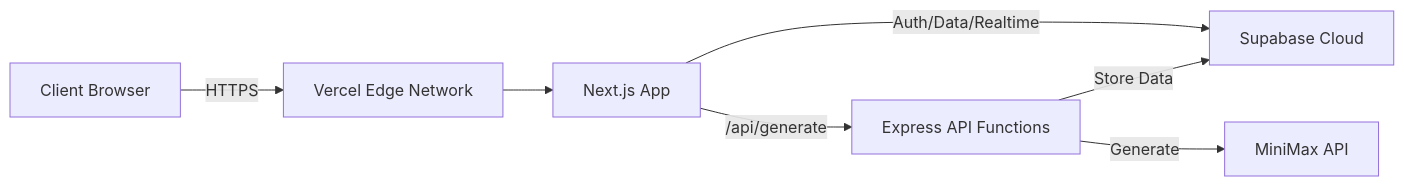
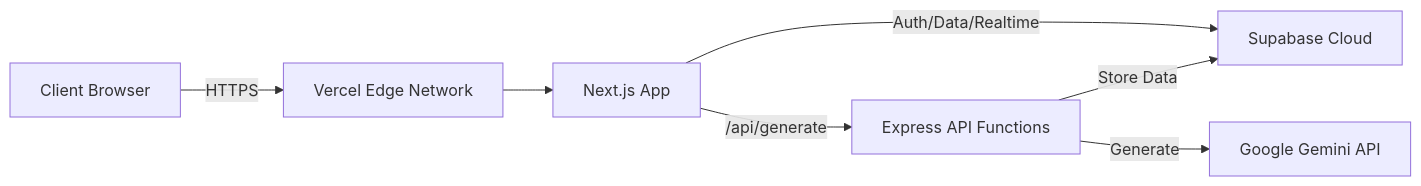
Before and after one commit to sammyZi/BuildFlow: the second of 2 diagrams in .kiro/specs/ai-architect-hub/design.md, drawn with Mermaid. The commit also changed other lines of this file and 9 other files, not shown here.

First line of the commit message:
feat(llm): Replace MiniMax with Google Gemini API integration

````diff
--- a/.kiro/specs/ai-architect-hub/design.md
+++ b/.kiro/specs/ai-architect-hub/design.md
@@ -72,16 +72,16 @@
 ```mermaid
 graph LR
     Client[Client Browser]
     Vercel[Vercel Edge Network]
     NextApp[Next.js App]
     API[Express API Functions]
     Supabase[Supabase Cloud]
-    MiniMax[MiniMax API]
+    Gemini[Google Gemini API]
     
     Client -->|HTTPS| Vercel
     Vercel --> NextApp
     NextApp -->|/api/generate| API
     NextApp -->|Auth/Data/Realtime| Supabase
     API -->|Store Data| Supabase
-    API -->|Generate| MiniMax
+    API -->|Generate| Gemini
 ```
````
